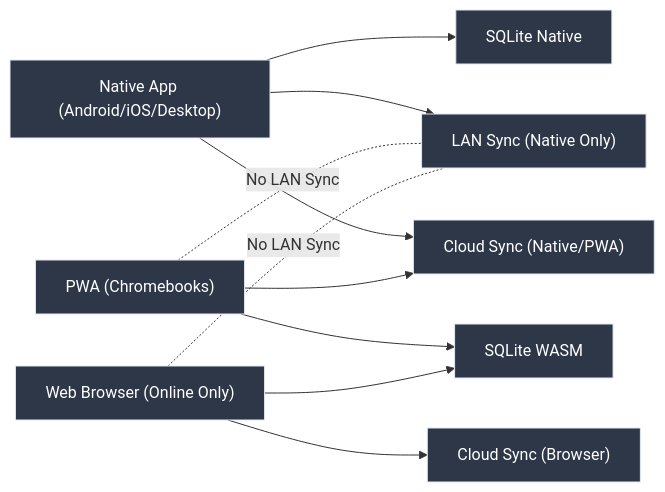
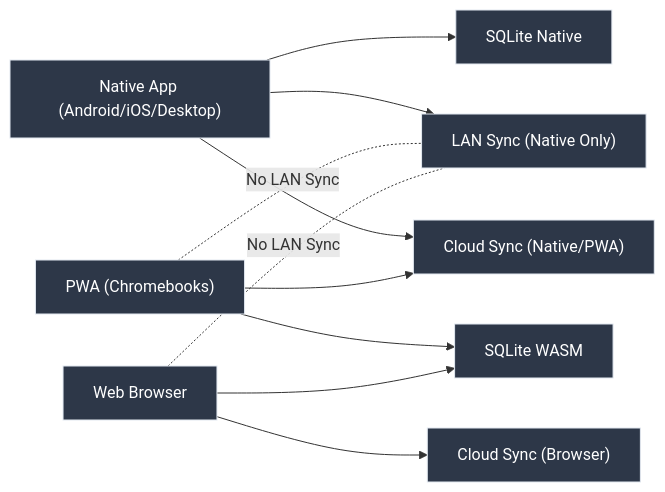
Before and after one commit to Spencer1O1/cheque.dev: the second of 7 diagrams in STACK.md, drawn with Mermaid. The commit also changed other lines of this file, not shown here.

````diff
--- a/STACK.md
+++ b/STACK.md
@@ -215,31 +215,31 @@
 ```mermaid
 
 flowchart LR
     classDef app fill:#2d3748,stroke:#e2e8f0,color:white
 
     A1["Native App (Android/iOS/Desktop)"]:::app
     A2["PWA (Chromebooks)"]:::app
-    A3["Web Browser (Online Only)"]:::app
+    A3["Web Browser"]:::app
 
     DB1["SQLite Native"]:::app
     DB2["SQLite WASM"]:::app
 
     SY1["LAN Sync (Native Only)"]:::app
     SY2["Cloud Sync (Native/PWA)"]:::app
     SY3["Cloud Sync (Browser)"]:::app
 
     A1 --> DB1
     A1 --> SY1
     A1 --> SY2
 
     A2 --> DB2
     A2 --> SY2
 
     A3 --> DB2
     A3 --> SY3
 
     %% Optional dotted clarification
     A2 -. "No LAN Sync" .- SY1
     A3 -. "No LAN Sync" .- SY1
 
 ```
````
